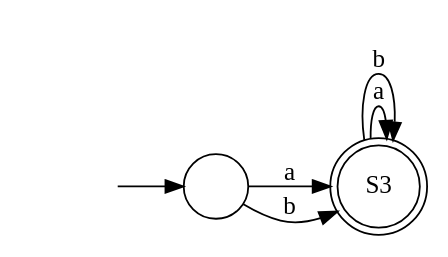
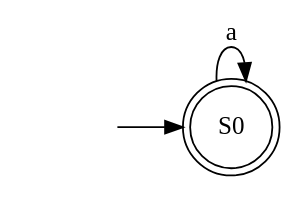
The diagram in lab2/dfa.dot (konstantin2506/automata_theory), drawn with Graphviz before and after one commit. The commit also changed 5 other files, not shown here.

```diff
--- a/lab2/dfa.dot
+++ b/lab2/dfa.dot
@@ -1,15 +1,11 @@
 digraph DFA {
     rankdir=LR;
 
     start [shape=none, label=""];
 
-    "1,2" [label="", shape=circle];
-    "3,4,5,6,7" [label="S3", shape=doublecircle];
+    "1,2" [label="S0", shape=doublecircle];
 
     start -> "1,2";
 
-    "1,2" -> "3,4,5,6,7" [label="a"];
-    "1,2" -> "3,4,5,6,7" [label="b"];
-    "3,4,5,6,7" -> "3,4,5,6,7" [label="a"];
-    "3,4,5,6,7" -> "3,4,5,6,7" [label="b"];
+    "1,2" -> "1,2" [label="a"];
 }
```
